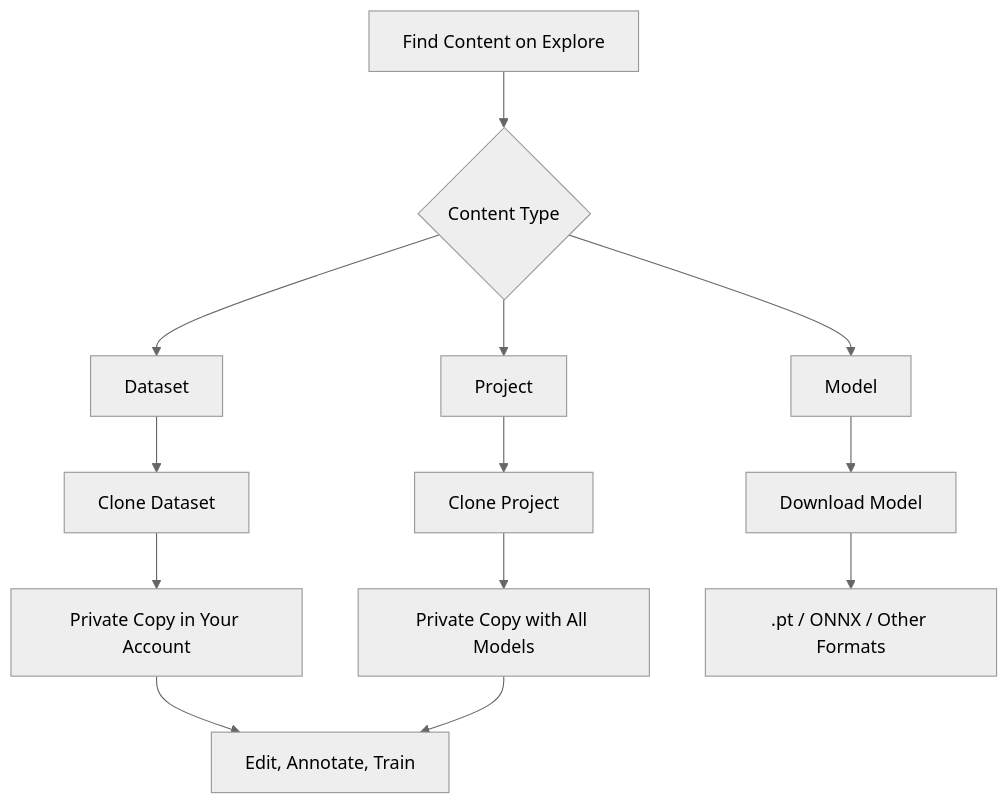
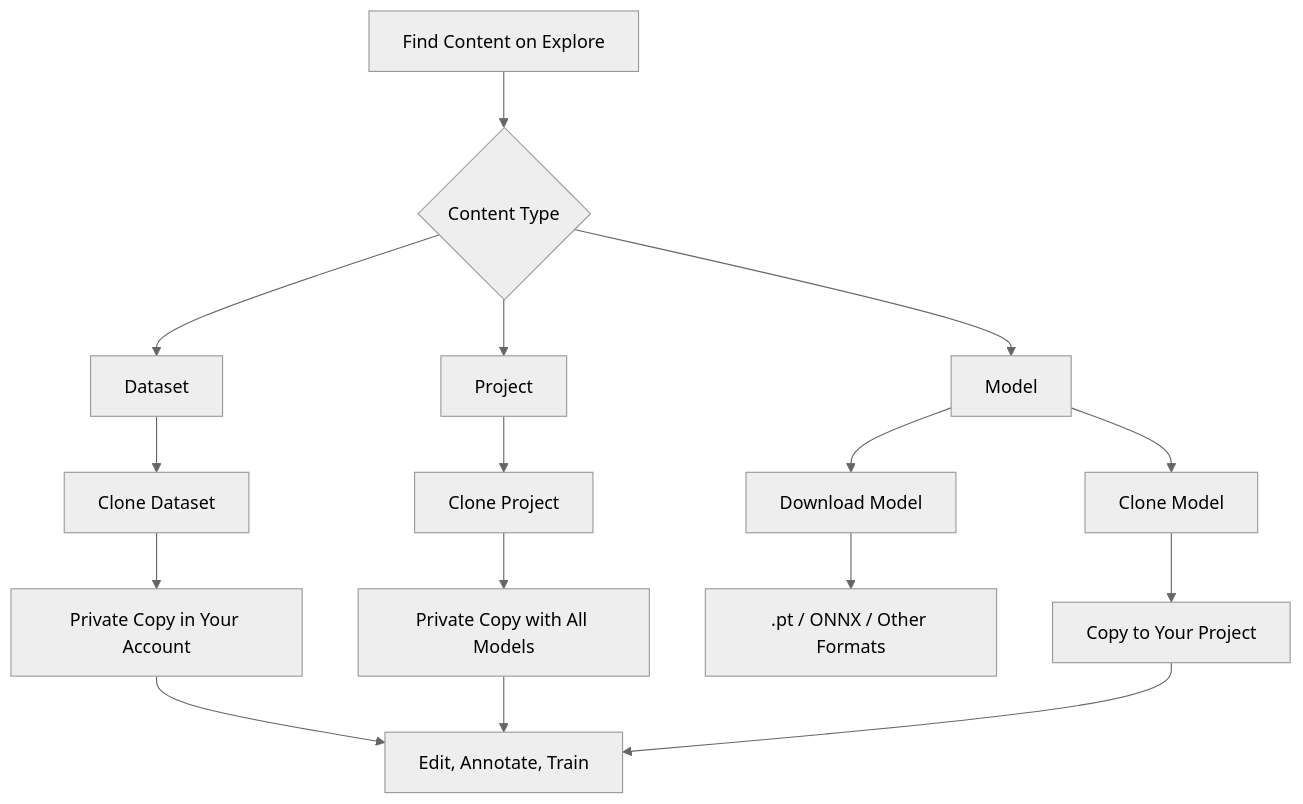
The second of 3 diagrams in docs/en/platform/explore.md (medusa717/AI-ULTRALYTICS), drawn with Mermaid (neutral theme) before and after one commit. The commit also changed other lines of this file and 12 other files, not shown here.

````diff
--- a/docs/en/platform/explore.md
+++ b/docs/en/platform/explore.md
@@ -112,15 +112,18 @@
 ```mermaid
 graph TD
     A[Find Content on Explore] --> B{Content Type}
     B --> C[Dataset]
     B --> D[Project]
     B --> E[Model]
     C --> F[Clone Dataset]
     D --> G[Clone Project]
     E --> H[Download Model]
-    F --> I[Private Copy in Your Account]
-    G --> J[Private Copy with All Models]
-    H --> K[.pt / ONNX / Other Formats]
-    I --> L[Edit, Annotate, Train]
-    J --> L
+    E --> I[Clone Model]
+    F --> J[Private Copy in Your Account]
+    G --> K[Private Copy with All Models]
+    H --> L[.pt / ONNX / Other Formats]
+    I --> M[Copy to Your Project]
+    J --> N[Edit, Annotate, Train]
+    K --> N
+    M --> N
 ```
````
